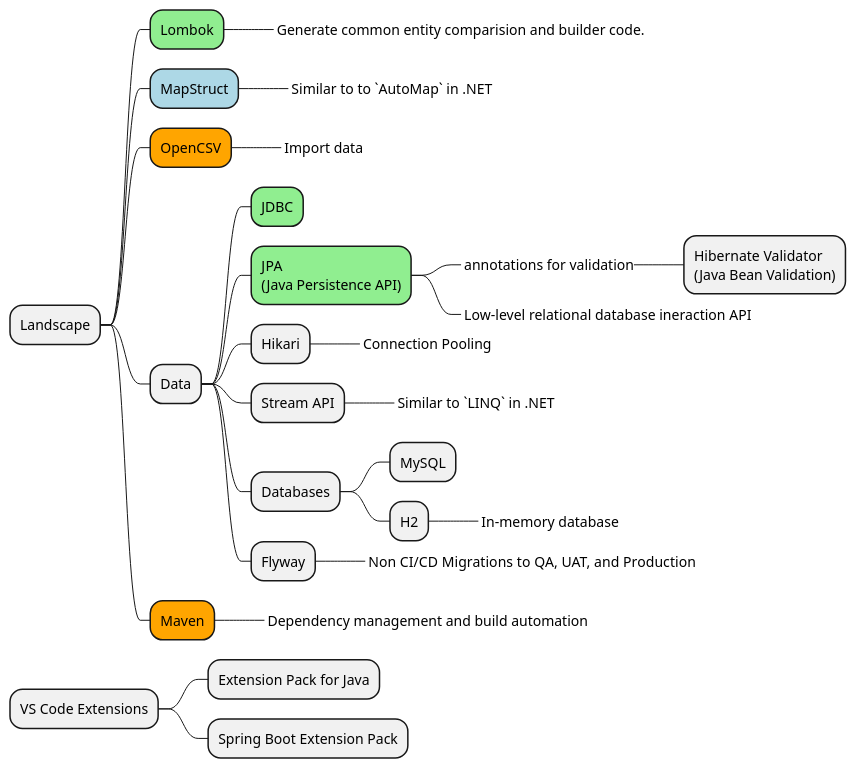
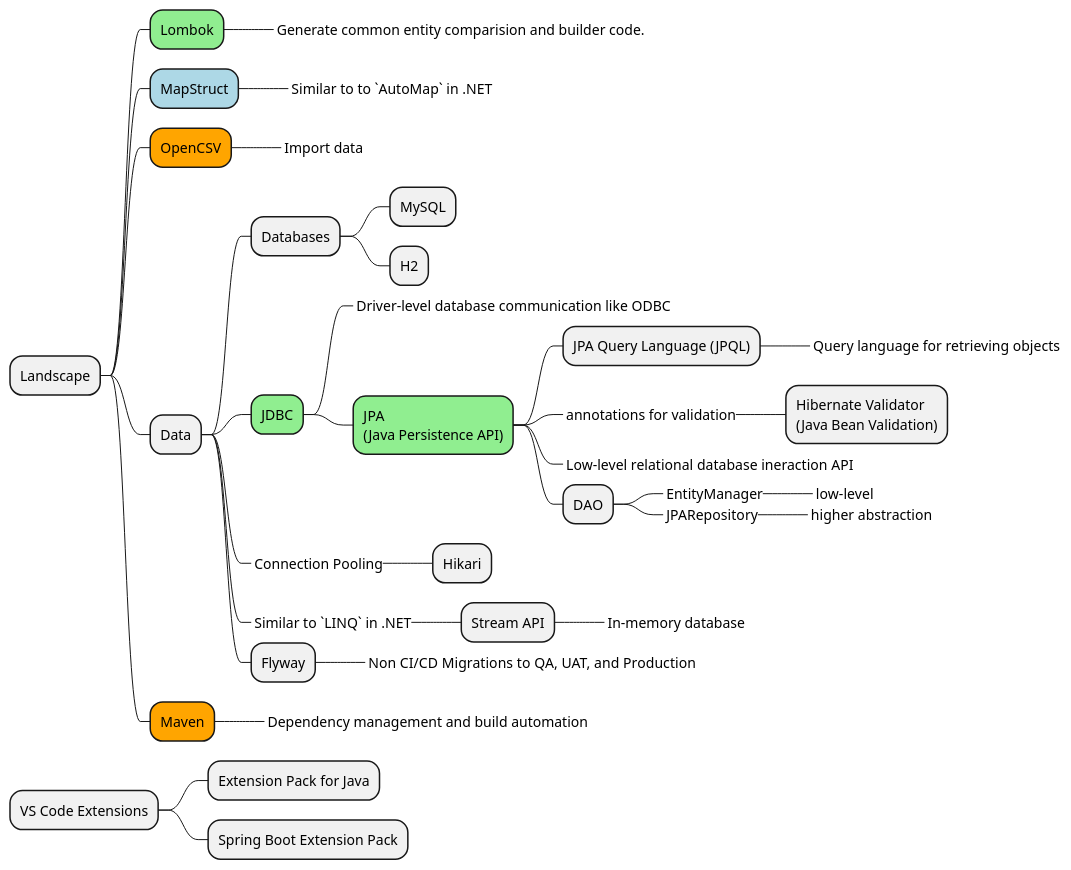
One commit to rob-bl8ke/spring-beer-app-prototype changed the diagram in landscape.plantuml. Above: the diagram before and after it, drawn with PlantUML.

Commit message:
Update to landscape diagram

```diff
--- a/landscape.plantuml
+++ b/landscape.plantuml
@@ -1,33 +1,42 @@
 @startmindmap "Java Spring Boot"
 
 + Landscape
 ++[#lightgreen] Lombok
 +++_ Generate common entity comparision and builder code.
 ++[#lightblue] MapStruct
 +++_ Similar to to `AutoMap` in .NET
 ++[#orange] OpenCSV
 +++_ Import data
 ++ Data
-+++[#lightgreen] JDBC
-+++[#lightgreen] JPA\n(Java Persistence API)
-++++_ annotations for validation
-+++++ Hibernate Validator\n(Java Bean Validation)
-++++_ Low-level relational database ineraction API
-+++ Hikari
-++++_ Connection Pooling
-+++ Stream API
-++++_ Similar to `LINQ` in .NET
 +++ Databases
 ++++ MySQL
 ++++ H2
++++[#lightgreen] JDBC
+++++_ Driver-level database communication like ODBC
+++++[#lightgreen] JPA\n(Java Persistence API)
++++++ JPA Query Language (JPQL)
+++++++_ Query language for retrieving objects
++++++_ annotations for validation
+++++++ Hibernate Validator\n(Java Bean Validation)
++++++_ Low-level relational database ineraction API
++++++ DAO
+++++++_ EntityManager
++++++++_ low-level
+++++++_ JPARepository
++++++++_ higher abstraction
+
++++_ Connection Pooling
+++++ Hikari
++++_ Similar to `LINQ` in .NET
+++++ Stream API
 +++++_ In-memory database
 +++ Flyway
 ++++_ Non CI/CD Migrations to QA, UAT, and Production
 ++[#orange] Maven
 +++_ Dependency management and build automation
 
 + VS Code Extensions
 ++ Extension Pack for Java
 ++ Spring Boot Extension Pack
 
 @endmindmap
```
